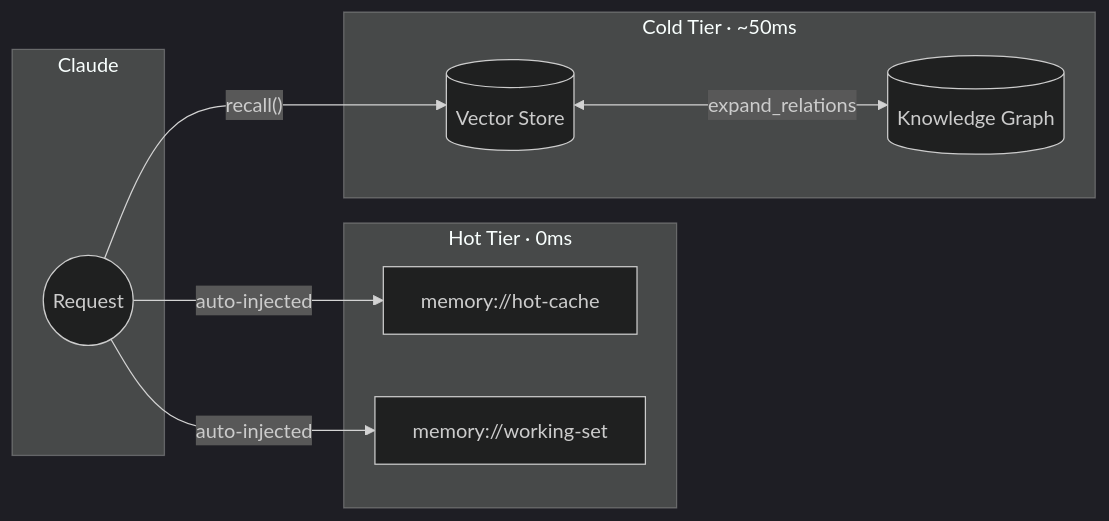
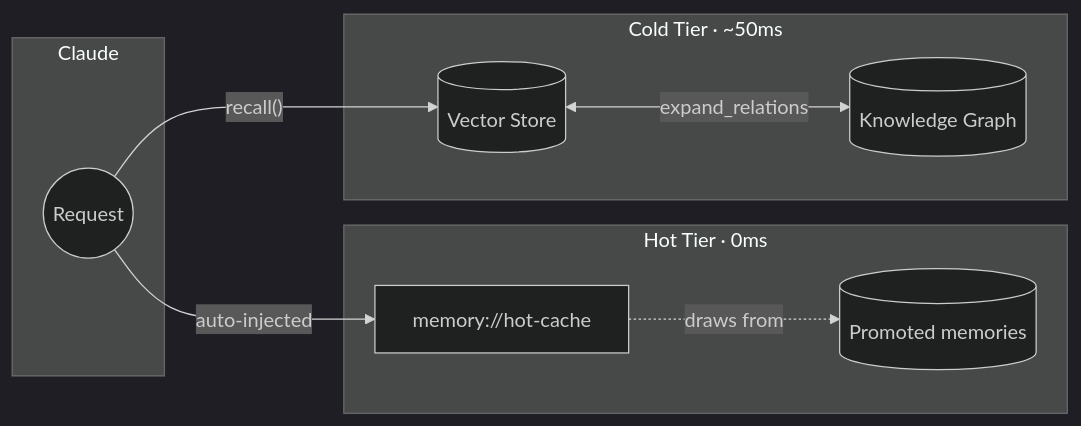
Before and after one commit to michael-denyer/memory-mcp: the diagram in CLAUDE.md, drawn with Mermaid (dark theme). The commit also changed other lines of this file and 13 other files, not shown here.

First line of the commit message:
refactor: rename working-set to hot-cache, hot-cache to promoted-memories

````diff
--- a/CLAUDE.md
+++ b/CLAUDE.md
@@ -54,21 +54,21 @@
 ```mermaid
 flowchart LR
     subgraph LLM["Claude"]
         REQ((Request))
     end
 
     subgraph Hot["Hot Tier · 0ms"]
         HC[memory://hot-cache]
-        WS[memory://working-set]
+        PM[(Promoted memories)]
     end
 
     subgraph Cold["Cold Tier · ~50ms"]
         VS[(Vector Store)]
         KG[(Knowledge Graph)]
     end
 
     REQ -->|"auto-injected"| HC
-    REQ -->|"auto-injected"| WS
+    HC -.->|"draws from"| PM
     REQ -->|"recall()"| VS
     VS <-->|"expand_relations"| KG
 ```
````
